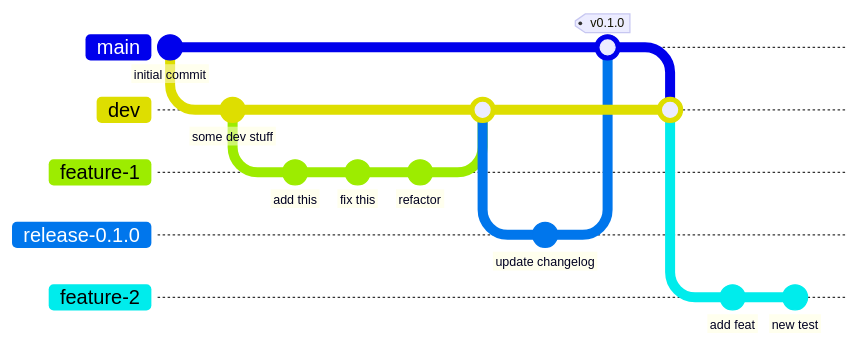
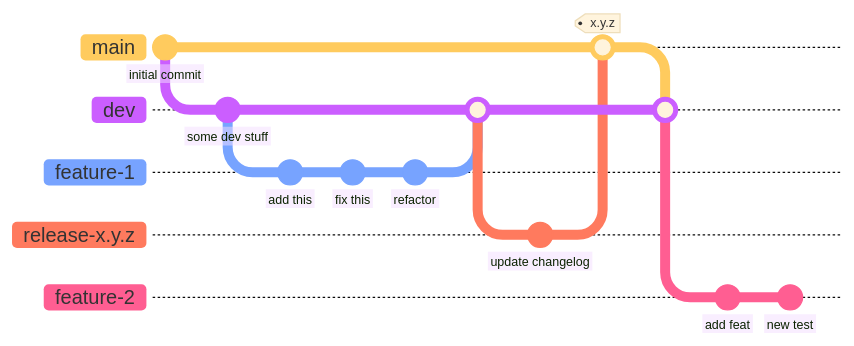
The diagram in CONTRIBUTING.md (rmnldwg/lymph), drawn with Mermaid before and after one commit. The commit also changed other lines of this file, not shown here.

````diff
--- a/CONTRIBUTING.md
+++ b/CONTRIBUTING.md
@@ -14,25 +17,25 @@
 ```mermaid
-%%{init: {'gitGraph': {'rotateCommitLabel': false}} }%%
+%%{init: {'gitGraph': {'rotateCommitLabel': false}, 'theme': 'base'} }%%
 gitGraph
     commit id: "initial commit"
     branch dev
     checkout dev
     commit id: "some dev stuff"
     branch feature-1
     checkout feature-1
     commit id: "add this"
     commit id: "fix this"
     commit id: "refactor"
     checkout dev
     merge feature-1
-    branch release-0.1.0
-    checkout release-0.1.0
+    branch release-x.y.z
+    checkout release-x.y.z
     commit id: "update changelog"
     checkout main
-    merge release-0.1.0 tag: "v0.1.0"
+    merge release-x.y.z tag: "x.y.z"
     checkout dev
     merge main
     branch feature-2
     commit id: "add feat"
     commit id: "new test"
 ```
````
